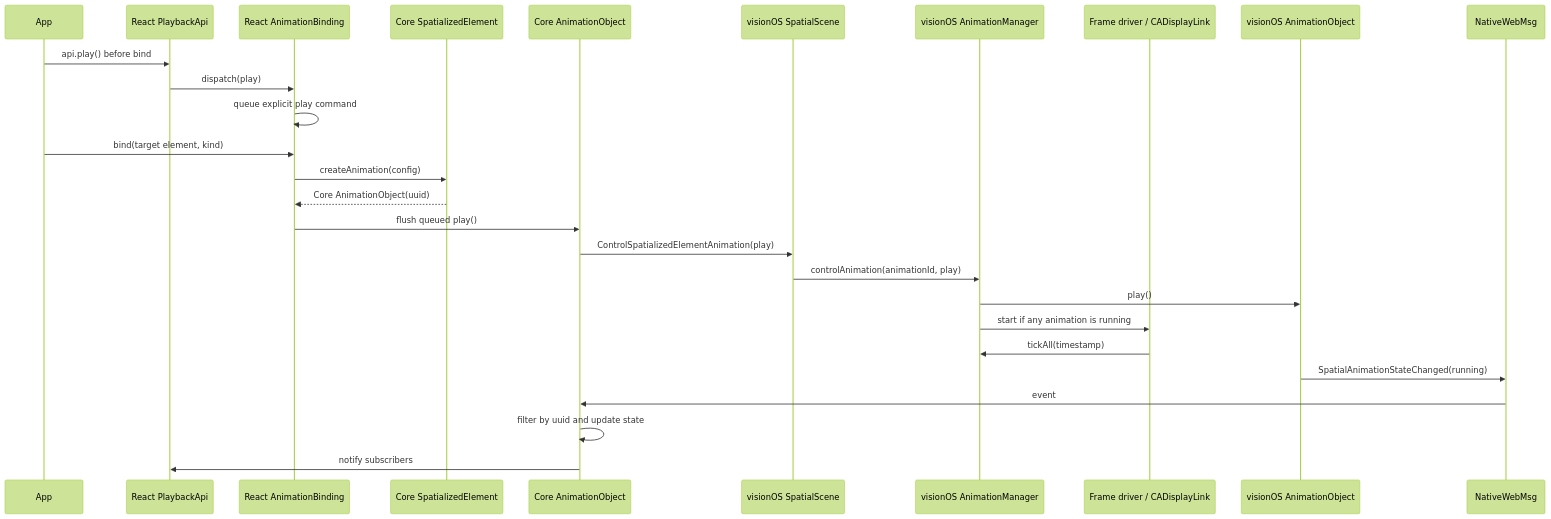
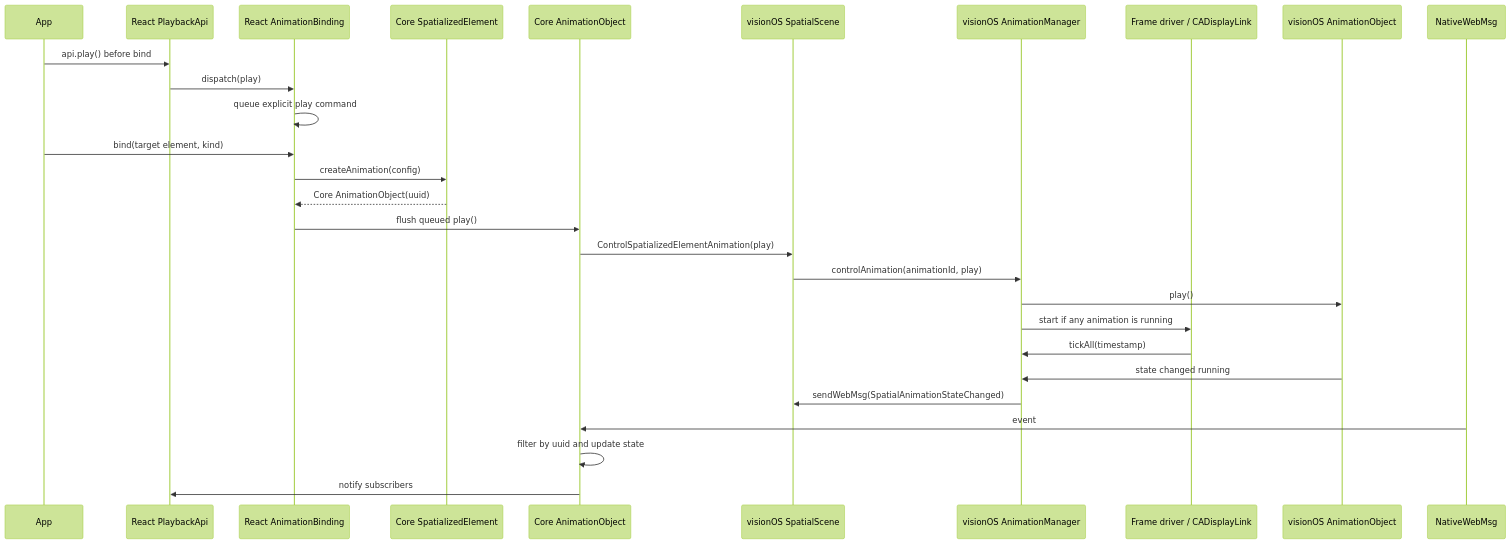
One commit to webspatial/webspatial-sdk changed the third of 6 diagrams in openspec/changes/spatialized-element-motion-api/design.zh.md. Above: the diagram before and after it, drawn with Mermaid (forest theme). The commit also changed other lines of this file, not shown here.

Commit message:
docs: clarify animation object implementation details zh

````diff
--- a/openspec/changes/spatialized-element-motion-api/design.zh.md
+++ b/openspec/changes/spatialized-element-motion-api/design.zh.md
@@ -303,32 +330,33 @@
 ```mermaid
 sequenceDiagram
   participant App
   participant API as React PlaybackApi
   participant Binding as React AnimationBinding
   participant Element as Core SpatializedElement
   participant CoreObj as Core AnimationObject
   participant Scene as visionOS SpatialScene
   participant Manager as visionOS AnimationManager
   participant Driver as Frame driver / CADisplayLink
   participant NativeObj as visionOS AnimationObject
   participant WebMsg as NativeWebMsg
 
   App->>API: api.play() before bind
   API->>Binding: dispatch(play)
   Binding->>Binding: queue explicit play command
 
   App->>Binding: bind(target element, kind)
   Binding->>Element: createAnimation(config)
   Element-->>Binding: Core AnimationObject(uuid)
 
   Binding->>CoreObj: flush queued play()
   CoreObj->>Scene: ControlSpatializedElementAnimation(play)
   Scene->>Manager: controlAnimation(animationId, play)
   Manager->>NativeObj: play()
   Manager->>Driver: start if any animation is running
   Driver->>Manager: tickAll(timestamp)
-  NativeObj->>WebMsg: SpatialAnimationStateChanged(running)
+  NativeObj->>Manager: state changed running
+  Manager->>Scene: sendWebMsg(SpatialAnimationStateChanged)
   WebMsg->>CoreObj: event
   CoreObj->>CoreObj: filter by uuid and update state
   CoreObj->>API: notify subscribers
 ```
````
